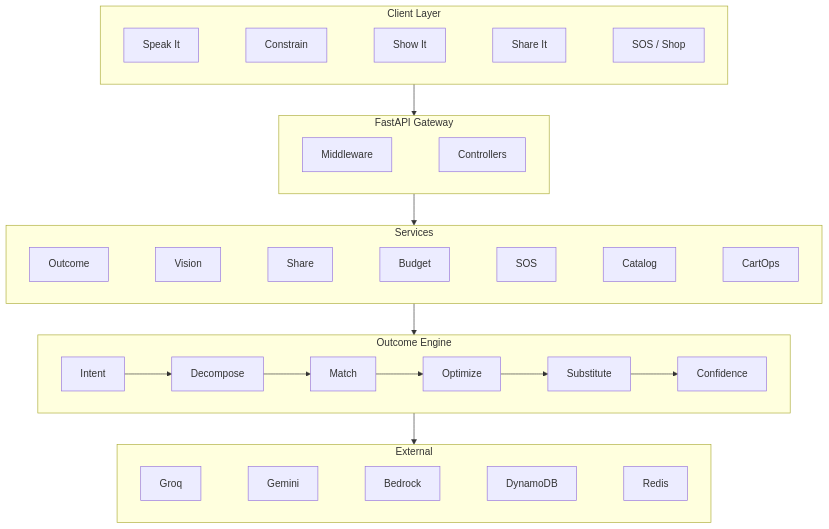
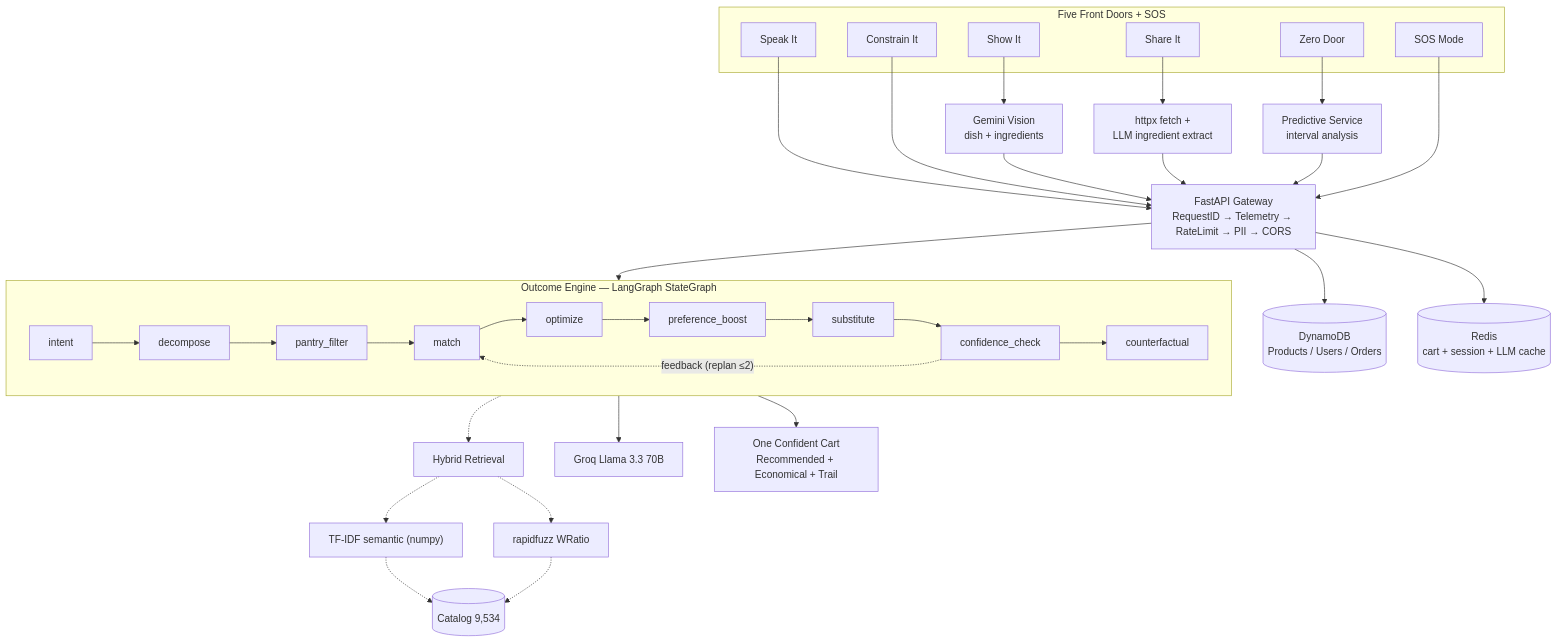
One commit to Strizzyy/NowCart changed the first of 11 diagrams in SYSTEM_ARCHITECTURE.md. Above: the diagram before and after it, drawn with Mermaid. The commit also changed other lines of this file and 2 other files, not shown here.

Commit message:
refined readme and system architecture

````diff
--- a/SYSTEM_ARCHITECTURE.md
+++ b/SYSTEM_ARCHITECTURE.md
@@ -13,29 +13,46 @@
 ```mermaid
 flowchart TB
-    subgraph Client["Client Layer"]
-        direction LR
-        Speak["Speak It"] ~~~ Constrain["Constrain"] ~~~ Show["Show It"] ~~~ Share["Share It"] ~~~ SOS["SOS / Shop"]
+    subgraph Doors["Five Front Doors + SOS"]
+        Speak[" Speak It"]
+        Constrain[" Constrain It"]
+        Show[" Show It"]
+        Share[" Share It"]
+        Zero[" Zero Door"]
+        SOS[" SOS Mode"]
     end
 
-    subgraph API["FastAPI Gateway"]
+    Show --> Vision["Gemini Vision<br/>dish + ingredients"]
+    Share --> Fetch["httpx fetch +<br/>LLM ingredient extract"]
+    Zero --> Predict["Predictive Service<br/>interval analysis"]
+
+    Speak --> API
+    Constrain --> API
+    Vision --> API
+    Fetch --> API
+    Predict --> API
+    SOS --> API
+
+    API["FastAPI Gateway<br/>RequestID → Telemetry → RateLimit → PII → CORS"]
+
+    API --> Engine
+
+    subgraph Engine["Outcome Engine — LangGraph StateGraph"]
         direction LR
-        Middleware["Middleware"] ~~~ Controllers["Controllers"]
+        I[intent] --> D[decompose] --> P[pantry_filter] --> M[match]
+        M --> O[optimize] --> PB[preference_boost] --> S[substitute]
+        S --> C[confidence_check] --> CF[counterfactual]
+        C -. "feedback (replan ≤2)" .-> M
     end
 
-    subgraph Services["Services"]
-        direction LR
-        Outcome["Outcome"] ~~~ Vision["Vision"] ~~~ ShareSvc["Share"] ~~~ Budget["Budget"] ~~~ SosSvc["SOS"] ~~~ Catalog["Catalog"] ~~~ CartOps["CartOps"]
-    end
+    M -.-> Retrieval["Hybrid Retrieval"]
+    Retrieval -.-> TFIDF["TF-IDF semantic (numpy)"]
+    Retrieval -.-> Fuzzy["rapidfuzz WRatio"]
+    TFIDF -.-> Catalog[("Catalog 9,534")]
+    Fuzzy -.-> Catalog
 
-    subgraph Engine["Outcome Engine"]
-        direction LR
-        Intent --> Decompose --> Match --> Optimize --> Substitute --> Confidence
-    end
+    Engine --> Groq["Groq Llama 3.3 70B"]
+    Engine --> Out["One Confident Cart<br/>Recommended + Economical + Trail"]
 
-    subgraph External["External"]
-        direction LR
-        Groq ~~~ Gemini ~~~ Bedrock ~~~ DynamoDB ~~~ Redis
-    end
-
-    Client --> API --> Services --> Engine --> External
+    API --> Dynamo[("DynamoDB<br/>Products / Users / Orders")]
+    API --> Redis[("Redis<br/>cart + session + LLM cache")]
 ```
````
